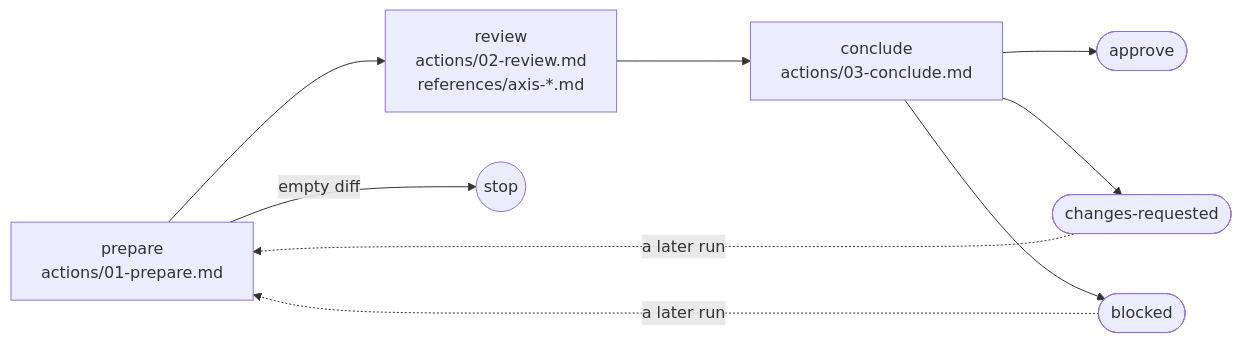
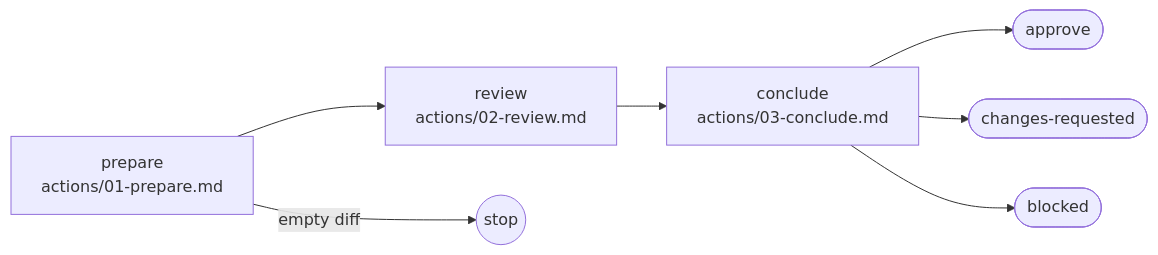
One commit to ai-driven-dev/framework changed the diagram in plugins/aidd-dev/skills/05-review/SKILL.md. Above: the diagram before and after it, drawn with Mermaid. The commit also changed other lines of this file and 10 other files, not shown here.

First line of the commit message:
refactor(aidd-dev): keep review's references short, tabular and in their place

````diff
--- a/plugins/aidd-dev/skills/05-review/SKILL.md
+++ b/plugins/aidd-dev/skills/05-review/SKILL.md
@@ -11,11 +11,9 @@
 ```mermaid
 flowchart LR
-  prepare["prepare<br>actions/01-prepare.md"] --> review["review<br>actions/02-review.md<br>references/axis-*.md"]
+  prepare["prepare<br>actions/01-prepare.md"] --> review["review<br>actions/02-review.md"]
   review --> conclude["conclude<br>actions/03-conclude.md"]
   prepare -->|"empty diff"| stop((stop))
   conclude --> approve([approve])
   conclude --> changes([changes-requested])
   conclude --> blocked([blocked])
-  changes -.->|a later run| prepare
-  blocked -.->|a later run| prepare
 ```
````
